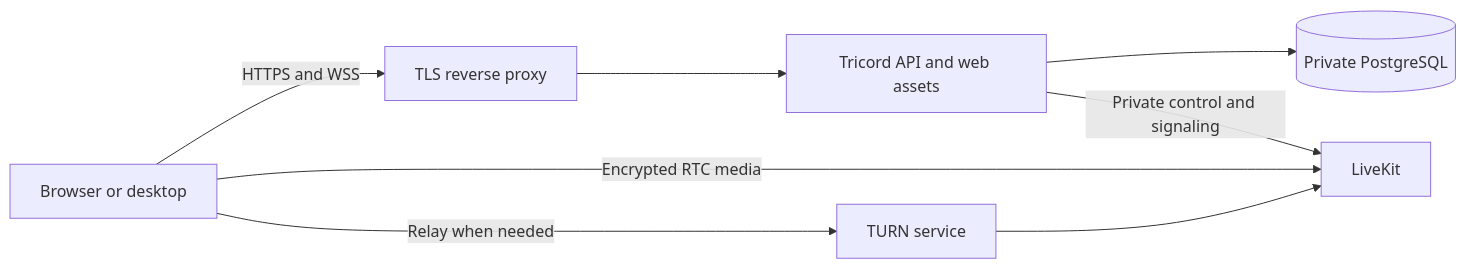
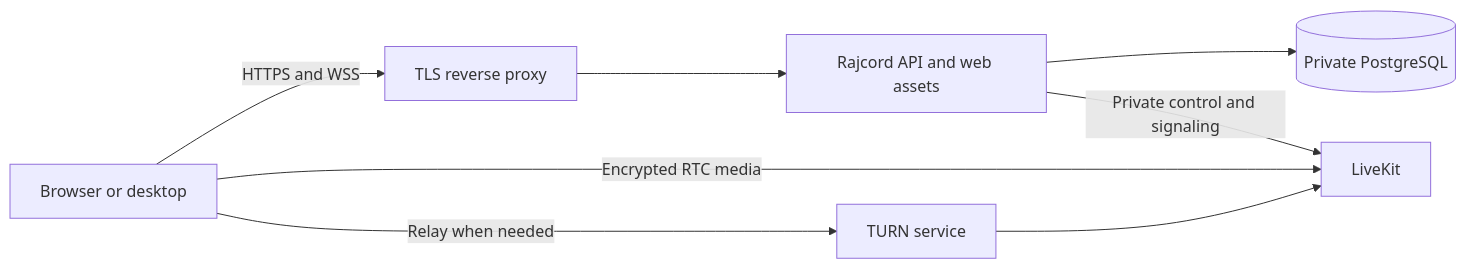
Before and after one commit to Treca-Raja/rajcord-public: the diagram in docs/hosting.md, drawn with Mermaid. The commit also changed other lines of this file and 27 other files, not shown here.

````diff
--- a/docs/hosting.md
+++ b/docs/hosting.md
@@ -35,10 +35,10 @@
 ```mermaid
 flowchart LR
   Friend[Browser or desktop] -->|HTTPS and WSS| Proxy[TLS reverse proxy]
-  Proxy --> API[Tricord API and web assets]
+  Proxy --> API[Rajcord API and web assets]
   API --> DB[(Private PostgreSQL)]
   API -->|Private control and signaling| Media[LiveKit]
   Friend -->|Encrypted RTC media| Media
   Friend -->|Relay when needed| TURN[TURN service]
   TURN --> Media
 ```
````
